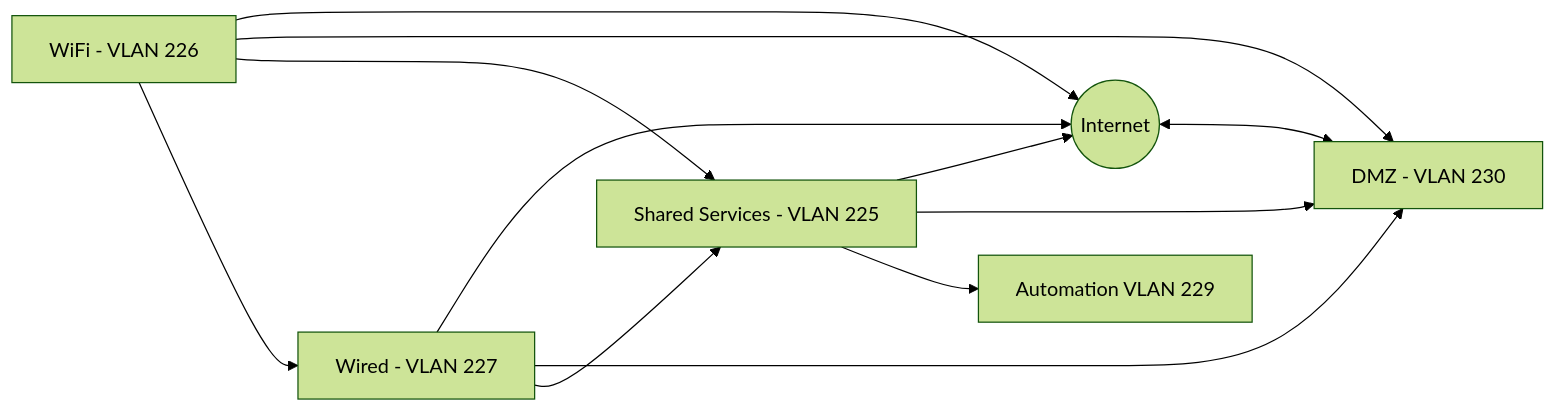
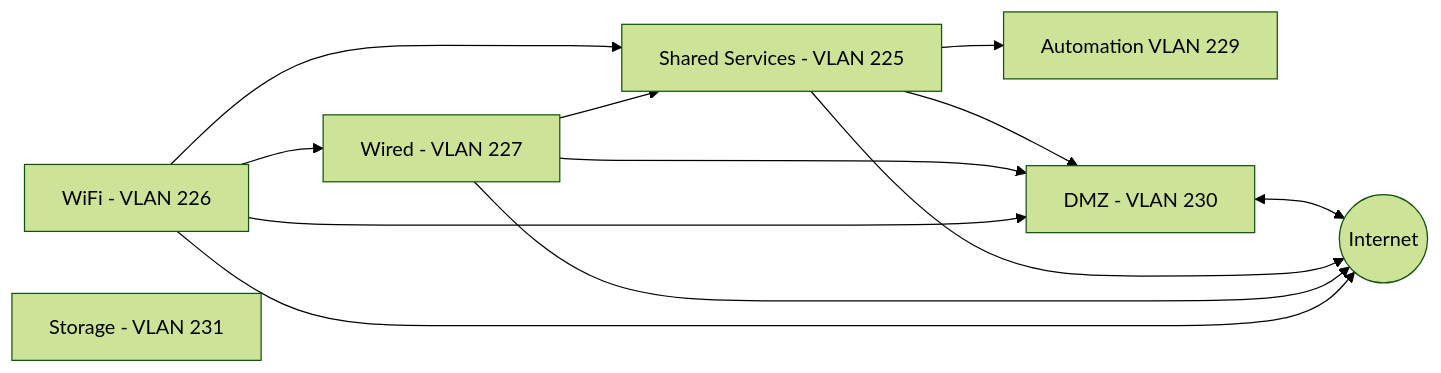
The second of 2 diagrams in docs/infrastructure/network_layout.md (leigh-hackspace/HackspaceWiki), drawn with Mermaid (forest theme) before and after one commit. The commit also changed other lines of this file, not shown here.

````diff
--- a/docs/infrastructure/network_layout.md
+++ b/docs/infrastructure/network_layout.md
@@ -75,20 +74,24 @@
 ```mermaid
 graph LR
     INTERNET((Internet))
     SHARED[Shared Services - VLAN 225]
     WiFi[WiFi - VLAN 226]
     WIRED[Wired - VLAN 227]
     AUTOMATION[Automation VLAN 229]
+    DMZ[DMZ - VLAN 230]
+    STORAGE[Storage - VLAN 231]
+
+    DMZ <--> INTERNET
     SHARED --> INTERNET
     WIRED --> INTERNET
     WiFi --> INTERNET
-    INTERNET <--> DMZ[DMZ - VLAN 230]
+
     SHARED --> DMZ
     WIRED --> DMZ
     WiFi --> DMZ
     
     WiFi --> SHARED
     WIRED --> SHARED
     WiFi --> WIRED
     SHARED --> AUTOMATION
 ```
````
